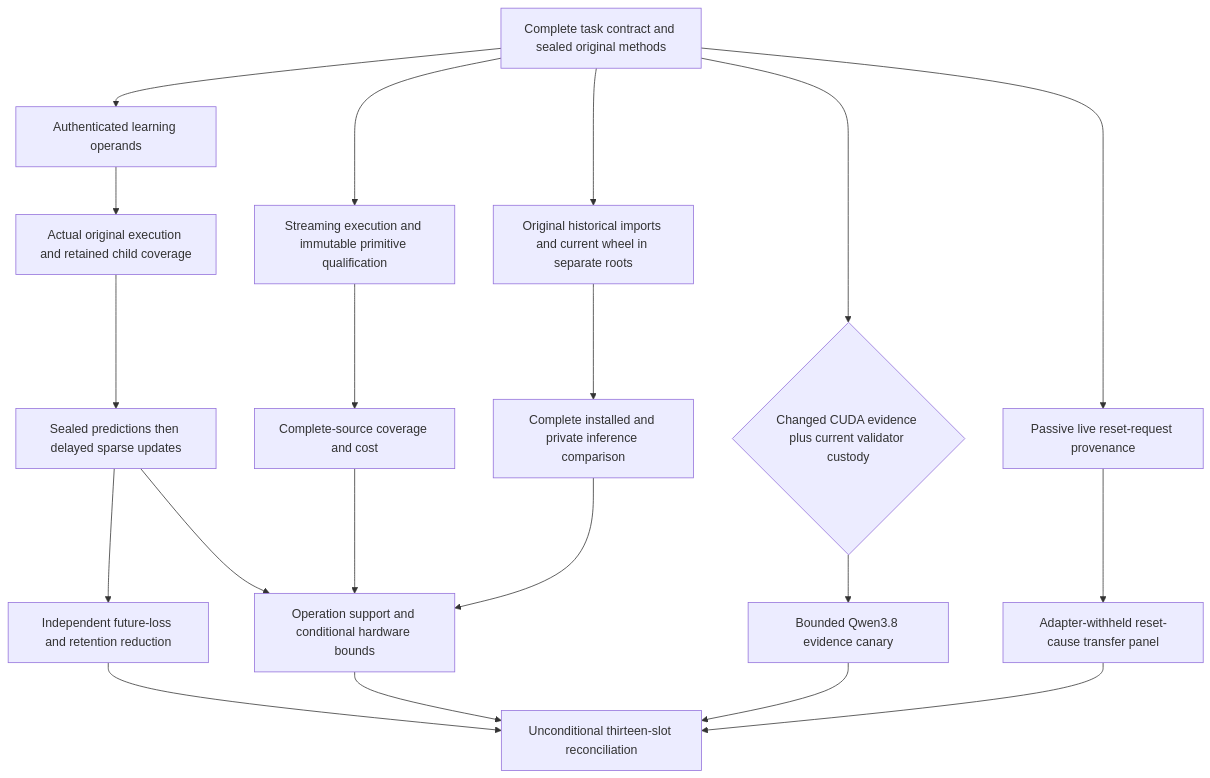
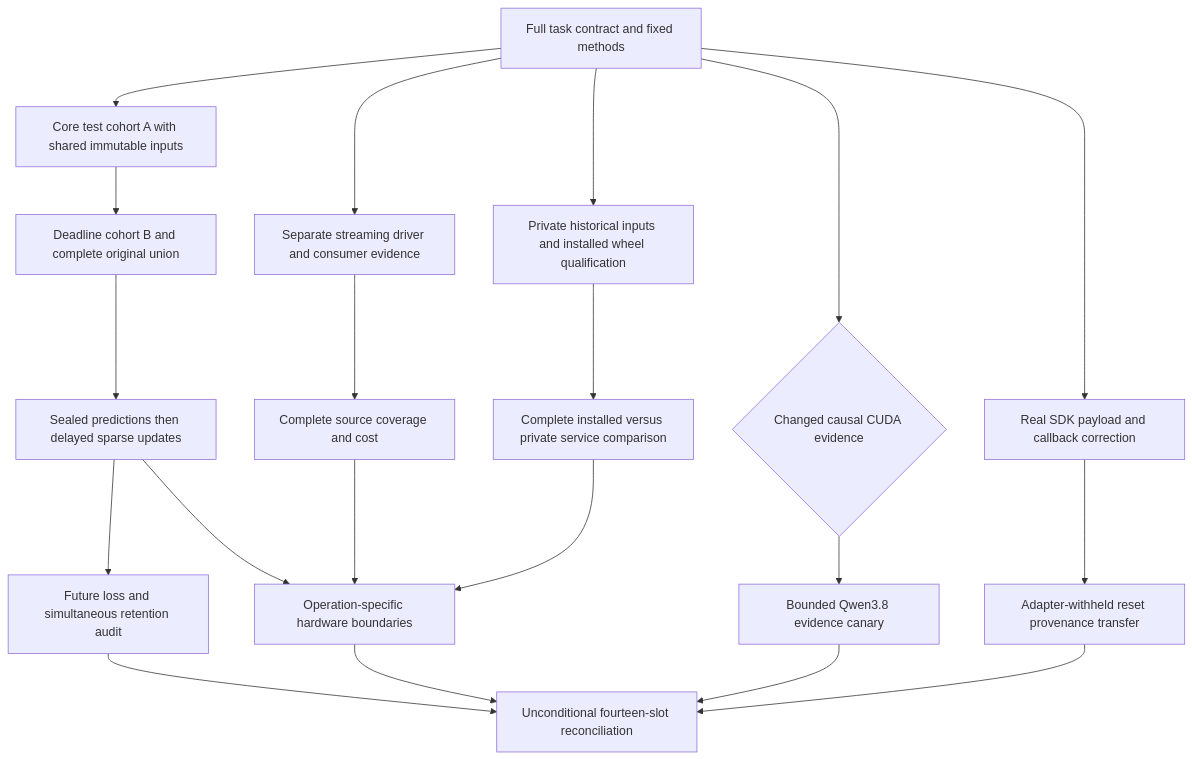
One commit to Carnot-EBM/carnot-ebm changed the first of 2 diagrams in openspec/change-proposals/research-roadmap-vNEXT.md. Above: the diagram before and after it, drawn with Mermaid. The commit also changed other lines of this file and 18 other files, not shown here.

````diff
--- a/openspec/change-proposals/research-roadmap-vNEXT.md
+++ b/openspec/change-proposals/research-roadmap-vNEXT.md
@@ -101,22 +109,22 @@
 ```mermaid
 flowchart TD
-    A[Complete task contract and sealed original methods] --> B[Authenticated learning operands]
-    B --> C[Actual original execution and retained child coverage]
+    A[Full task contract and fixed methods] --> B[Core test cohort A with shared immutable inputs]
+    B --> C[Deadline cohort B and complete original union]
     C --> D[Sealed predictions then delayed sparse updates]
-    D --> E[Independent future-loss and retention reduction]
-    A --> F[Streaming execution and immutable primitive qualification]
-    F --> G[Complete-source coverage and cost]
-    A --> H[Original historical imports and current wheel in separate roots]
-    H --> I[Complete installed and private inference comparison]
-    A --> J{Changed CUDA evidence plus current validator custody}
+    D --> E[Future loss and simultaneous retention audit]
+    A --> F[Separate streaming driver and consumer evidence]
+    F --> G[Complete source coverage and cost]
+    A --> H[Private historical inputs and installed wheel qualification]
+    H --> I[Complete installed versus private service comparison]
+    A --> J{Changed causal CUDA evidence}
     J --> K[Bounded Qwen3.8 evidence canary]
-    A --> L[Passive live reset-request provenance]
-    L --> M[Adapter-withheld reset-cause transfer panel]
-    D --> N[Operation support and conditional hardware bounds]
+    A --> L[Real SDK payload and callback correction]
+    L --> M[Adapter-withheld reset provenance transfer]
+    D --> N[Operation-specific hardware boundaries]
     G --> N
     I --> N
-    E --> O[Unconditional thirteen-slot reconciliation]
+    E --> O[Unconditional fourteen-slot reconciliation]
     K --> O
     M --> O
     N --> O
 ```
````
